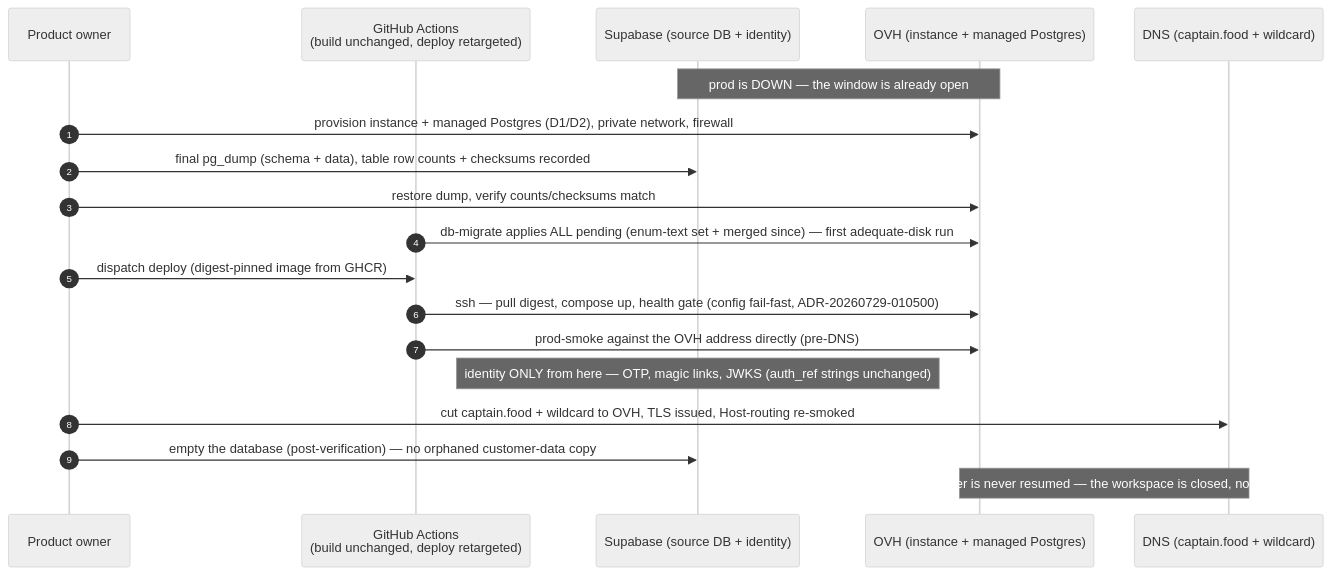
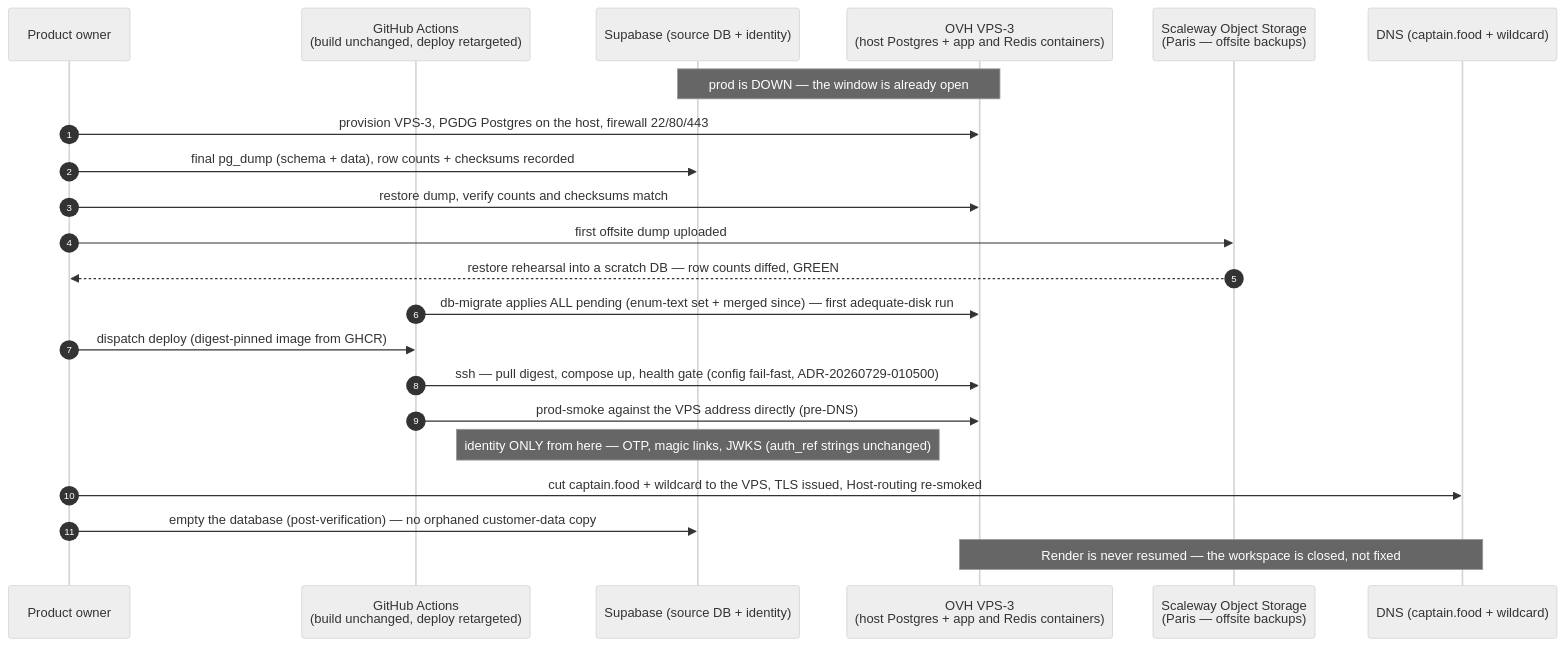
Before and after one commit to TheCaptainCompany/captain-food: the diagram in docs/proposals/PROP-20260731-061609-ovh-migration.md, drawn with Mermaid (neutral theme). The commit also changed other lines of this file and 4 other files, not shown here.

````diff
--- a/docs/proposals/PROP-20260731-061609-ovh-migration.md
+++ b/docs/proposals/PROP-20260731-061609-ovh-migration.md
@@ -68,22 +143,25 @@
 ```mermaid
 sequenceDiagram
     autonumber
     participant PO as Product owner
     participant GH as GitHub Actions<br/>(build unchanged, deploy retargeted)
     participant SB as Supabase (source DB + identity)
-    participant OVH as OVH (instance + managed Postgres)
+    participant VPS as OVH VPS-3<br/>(host Postgres + app and Redis containers)
+    participant OBJ as Scaleway Object Storage<br/>(Paris — offsite backups)
     participant DNS as DNS (captain.food + wildcard)
 
-    Note over SB,OVH: prod is DOWN — the window is already open
-    PO->>OVH: provision instance + managed Postgres (D1/D2), private network, firewall
-    PO->>SB: final pg_dump (schema + data), table row counts + checksums recorded
-    PO->>OVH: restore dump, verify counts/checksums match
-    GH->>OVH: db-migrate applies ALL pending (enum-text set + merged since) — first adequate-disk run
+    Note over SB,VPS: prod is DOWN — the window is already open
+    PO->>VPS: provision VPS-3, PGDG Postgres on the host, firewall 22/80/443
+    PO->>SB: final pg_dump (schema + data), row counts + checksums recorded
+    PO->>VPS: restore dump, verify counts and checksums match
+    PO->>OBJ: first offsite dump uploaded
+    OBJ-->>PO: restore rehearsal into a scratch DB — row counts diffed, GREEN
+    GH->>VPS: db-migrate applies ALL pending (enum-text set + merged since) — first adequate-disk run
     PO->>GH: dispatch deploy (digest-pinned image from GHCR)
-    GH->>OVH: ssh — pull digest, compose up, health gate (config fail-fast, ADR-20260729-010500)
-    GH->>OVH: prod-smoke against the OVH address directly (pre-DNS)
+    GH->>VPS: ssh — pull digest, compose up, health gate (config fail-fast, ADR-20260729-010500)
+    GH->>VPS: prod-smoke against the VPS address directly (pre-DNS)
     Note over SB: identity ONLY from here — OTP, magic links, JWKS (auth_ref strings unchanged)
-    PO->>DNS: cut captain.food + wildcard to OVH, TLS issued, Host-routing re-smoked
+    PO->>DNS: cut captain.food + wildcard to the VPS, TLS issued, Host-routing re-smoked
     PO->>SB: empty the database (post-verification) — no orphaned customer-data copy
-    Note over OVH,DNS: Render is never resumed — the workspace is closed, not fixed
+    Note over VPS,DNS: Render is never resumed — the workspace is closed, not fixed
 ```
````
